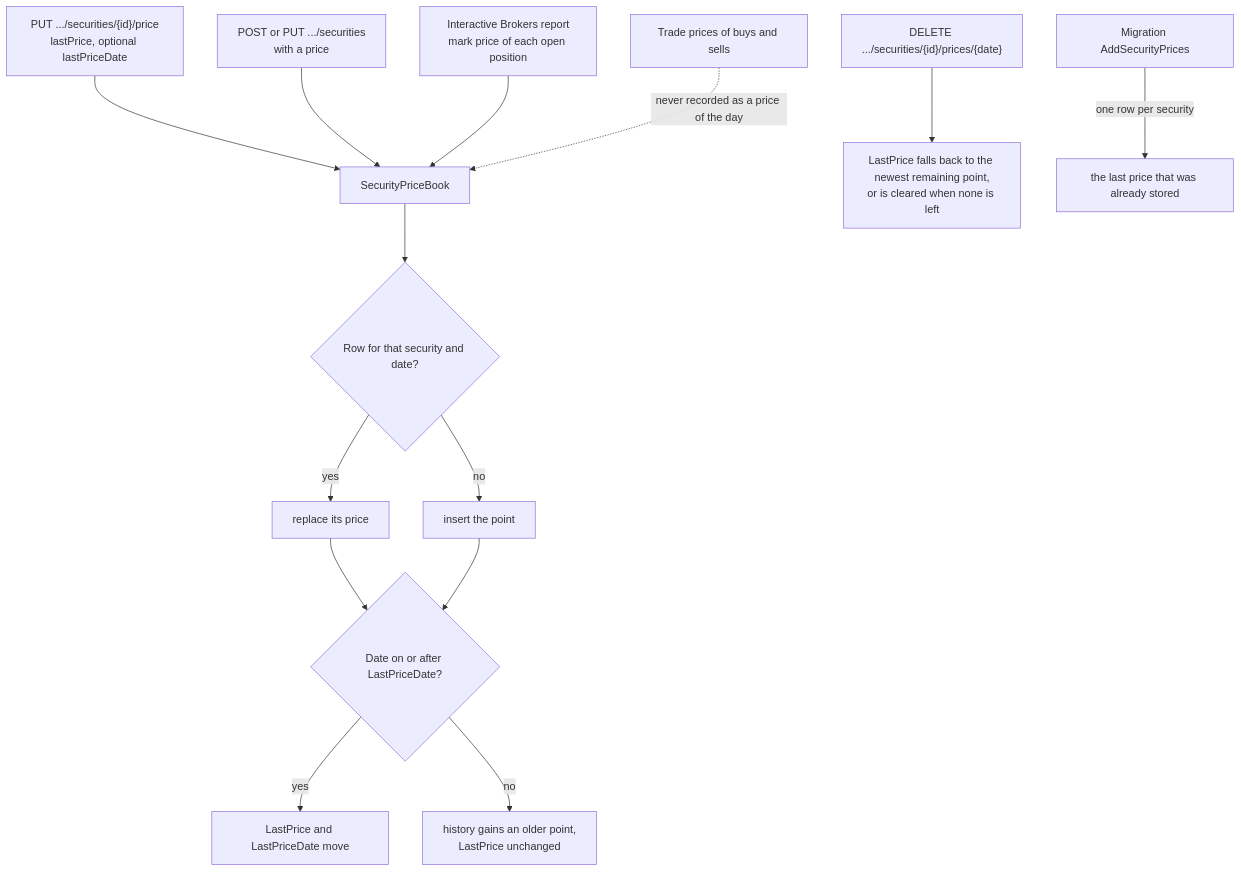
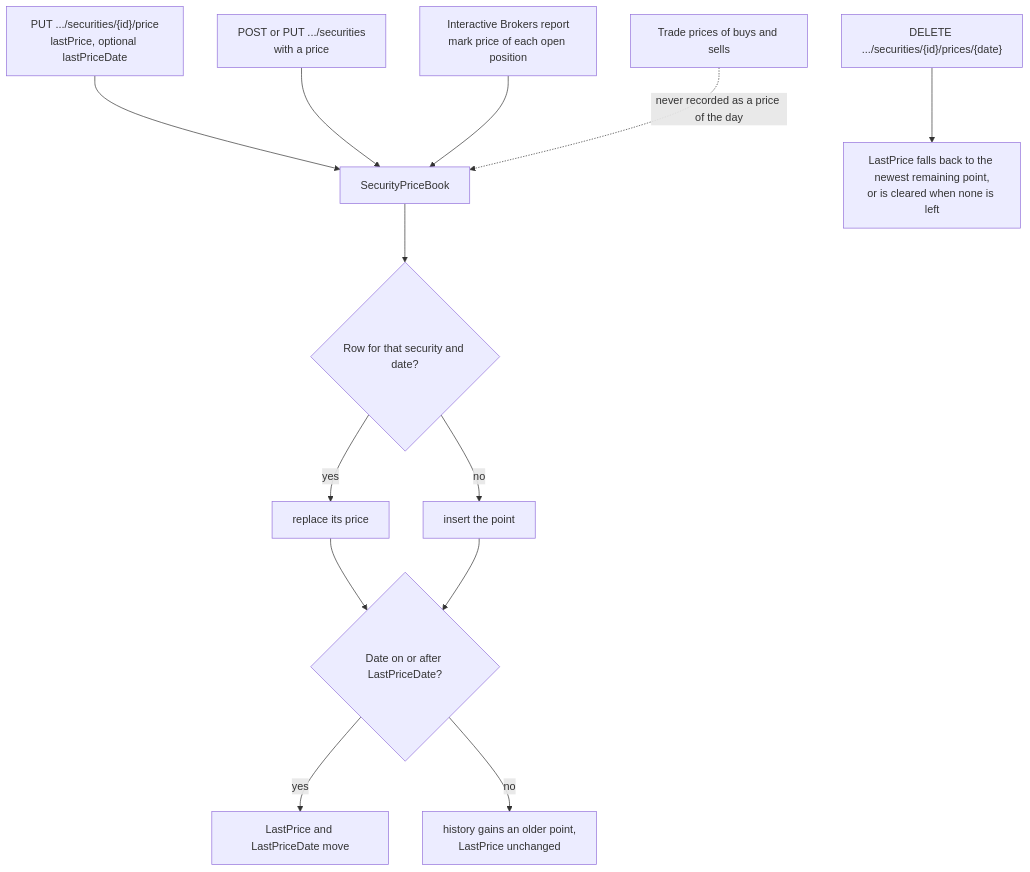
The fifth of 10 diagrams in docs/features/investments.md (Justxs/Jx-Finance), drawn with Mermaid before and after one commit. The commit also changed 211 other files, not shown here.

````diff
--- a/docs/features/investments.md
+++ b/docs/features/investments.md
@@ -148,16 +148,15 @@
 ```mermaid
 flowchart TD
     Set["PUT .../securities/{id}/price<br/>lastPrice, optional lastPriceDate"] --> Book["SecurityPriceBook"]
     Save["POST or PUT .../securities<br/>with a price"] --> Book
     Import["Interactive Brokers report<br/>mark price of each open position"] --> Book
     Trade["Trade prices of buys and sells"] -.->|"never recorded as a price of the day"| Book
     Book --> Row{"Row for that security and date?"}
     Row -->|"yes"| Replace["replace its price"]
     Row -->|"no"| Insert["insert the point"]
     Replace --> Newest{"Date on or after LastPriceDate?"}
     Insert --> Newest
     Newest -->|"yes"| Move["LastPrice and LastPriceDate move"]
     Newest -->|"no"| Keep["history gains an older point,<br/>LastPrice unchanged"]
     Delete["DELETE .../securities/{id}/prices/{date}"] --> Fall["LastPrice falls back to the newest remaining point,<br/>or is cleared when none is left"]
-    Migration["Migration AddSecurityPrices"] -->|"one row per security"| Backfill["the last price that was already stored"]
 ```
````
